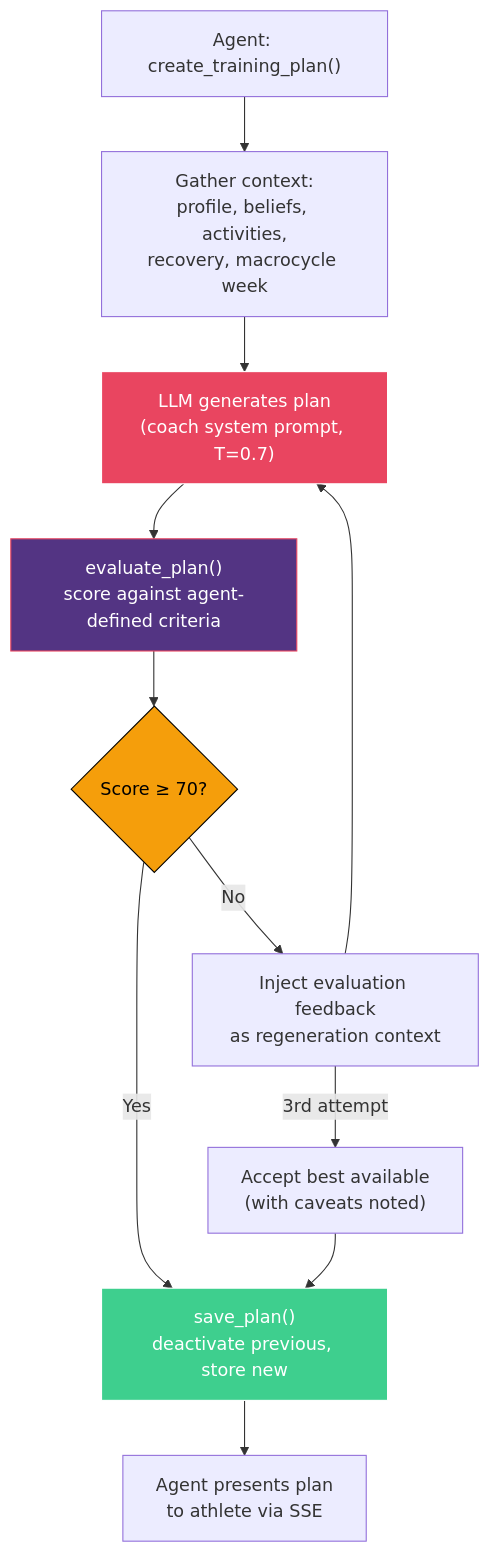
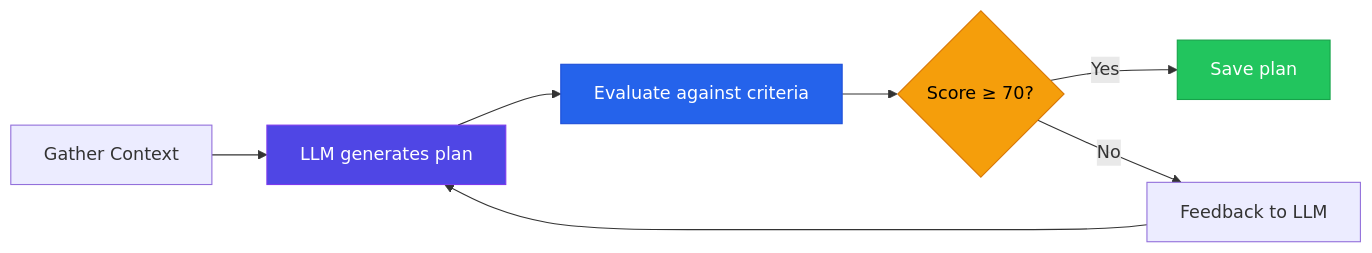
Before and after one commit to RnltLabs/athletly-backend: the eighth of 9 diagrams in README.md, drawn with Mermaid. The commit also changed other lines of this file, not shown here.

First line of the commit message:
docs: simplify README diagrams, apply Athletly colors, add TOC

````diff
--- a/README.md
+++ b/README.md
@@ -486,21 +320,14 @@
 ```mermaid
-flowchart TD
-    START["Agent: create_training_plan()"] --> GATHER["Gather context:<br/>profile, beliefs, activities,<br/>recovery, macrocycle week"]
-    GATHER --> GEN["LLM generates plan<br/>(coach system prompt, T=0.7)"]
-    GEN --> EVAL["evaluate_plan()<br/>score against agent-defined criteria"]
-    EVAL --> CHECK{Score ≥ 70?}
+flowchart LR
+    A["Gather Context"] --> B["LLM generates plan"]
+    B --> C["Evaluate against criteria"]
+    C --> D{Score ≥ 70?}
+    D -->|"Yes"| E["Save plan"]
+    D -->|"No"| F["Feedback to LLM"]
+    F --> B
 
-    CHECK -->|"Yes"| SAVE["save_plan()<br/>deactivate previous, store new"]
-    CHECK -->|"No"| FEEDBACK["Inject evaluation feedback<br/>as regeneration context"]
-    FEEDBACK --> GEN
-
-    FEEDBACK -->|"3rd attempt"| ACCEPT["Accept best available<br/>(with caveats noted)"]
-    ACCEPT --> SAVE
-
-    SAVE --> RESPOND["Agent presents plan<br/>to athlete via SSE"]
-
-    style GEN fill:#e94560,stroke:#fff,color:#fff
-    style EVAL fill:#533483,stroke:#e94560,color:#fff
-    style SAVE fill:#3ECF8E,stroke:#fff,color:#fff
-    style CHECK fill:#F59E0B,stroke:#000,color:#000
+    style B fill:#4F46E5,stroke:#7C3AED,color:#fff
+    style C fill:#2563EB,stroke:#1D4ED8,color:#fff
+    style E fill:#22C55E,stroke:#16A34A,color:#fff
+    style D fill:#F59E0B,stroke:#D97706,color:#000
 ```
````
